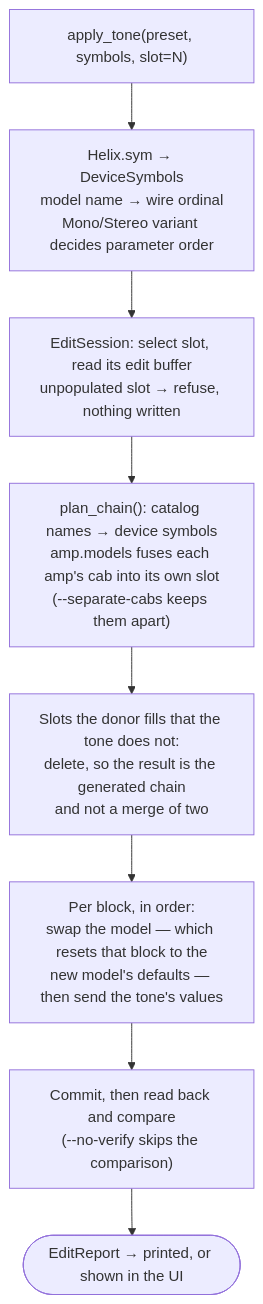
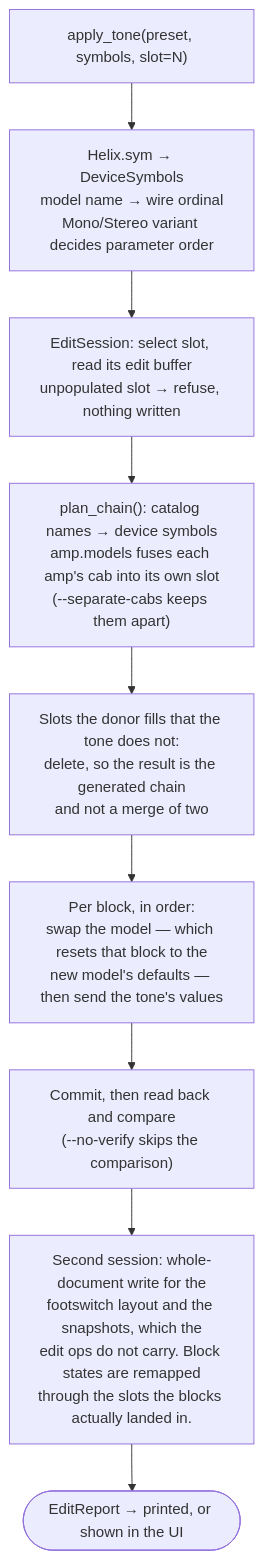
The fourth of 5 diagrams in docs/application_flow.md (ORogers/HelixGen), drawn with Mermaid before and after one commit. The commit also changed other lines of this file and 2 other files, not shown here.

First line of the commit message:
Say what happens to snapshots

````diff
--- a/docs/application_flow.md
+++ b/docs/application_flow.md
@@ -203,10 +203,11 @@
 ```mermaid
 flowchart TD
     start["apply_tone(preset, symbols, slot=N)"] --> sym["Helix.sym → DeviceSymbols<br>model name → wire ordinal<br>Mono/Stereo variant decides parameter order"]
     sym --> sel["EditSession: select slot, read its edit buffer<br>unpopulated slot → refuse, nothing written"]
     sel --> plan["plan_chain(): catalog names → device symbols<br>amp.models fuses each amp's cab into its own slot<br>(--separate-cabs keeps them apart)"]
     plan --> clear["Slots the donor fills that the tone does not:<br>delete, so the result is the generated chain<br>and not a merge of two"]
     clear --> swap["Per block, in order:<br>swap the model — which resets that block to the<br>new model's defaults — then send the tone's values"]
     swap --> commit["Commit, then read back and compare<br>(--no-verify skips the comparison)"]
-    commit --> done(["EditReport → printed, or shown in the UI"])
+    commit --> layout["Second session: whole-document write for the<br>footswitch layout and the snapshots, which the<br>edit ops do not carry. Block states are remapped<br>through the slots the blocks actually landed in."]
+    layout --> done(["EditReport → printed, or shown in the UI"])
 ```
````
